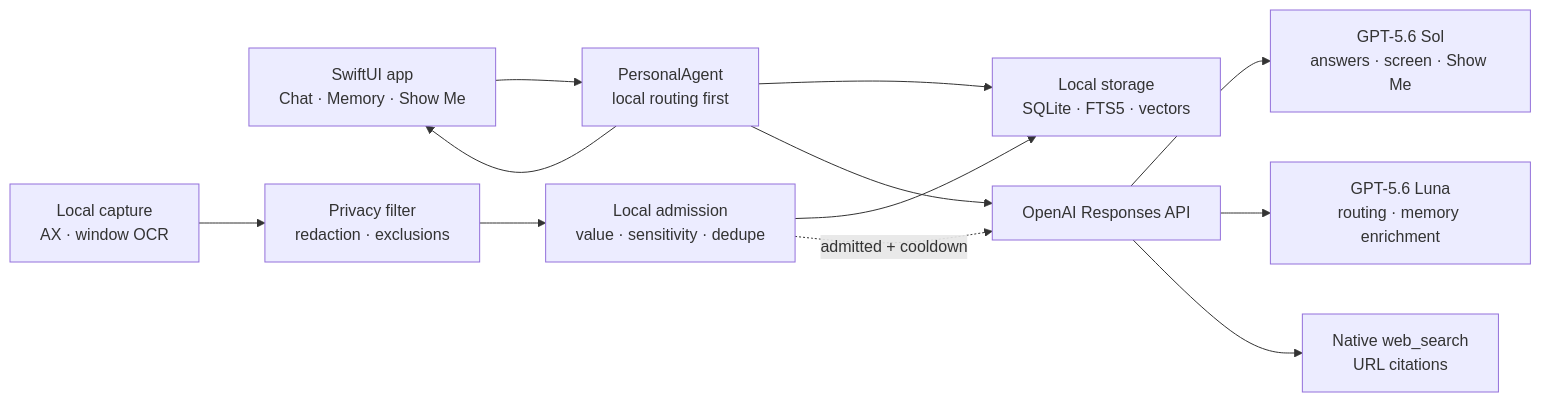
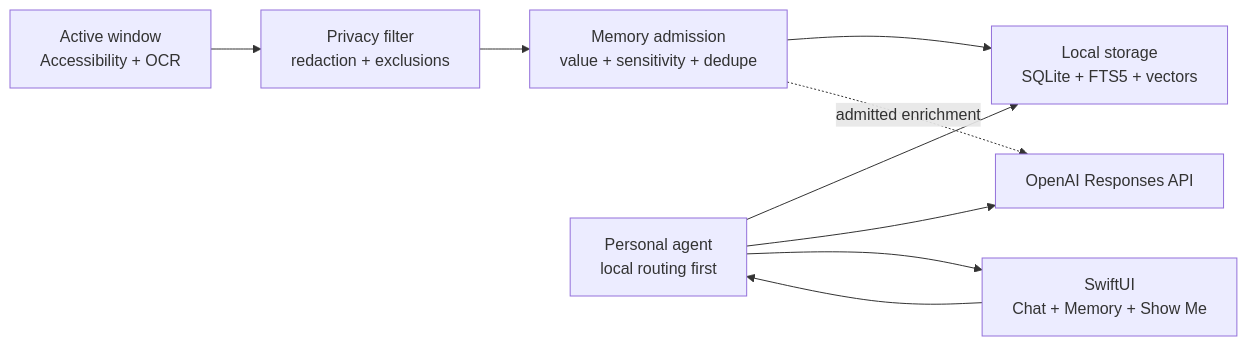
Before and after one commit to vnmrsharma/iAletheia: the diagram in README.md, drawn with Mermaid. The commit also changed other lines of this file, not shown here.

Commit message:
Rewrite README to clarify architecture, privacy, and setup

````diff
--- a/README.md
+++ b/README.md
@@ -22,23 +22,17 @@
 ```mermaid
 flowchart LR
-    UI["SwiftUI app<br/>Chat · Memory · Show Me"]
-    Capture["Local capture<br/>AX · window OCR"]
-    Privacy["Privacy filter<br/>redaction · exclusions"]
-    Admission["Local admission<br/>value · sensitivity · dedupe"]
-    Storage["Local storage<br/>SQLite · FTS5 · vectors"]
-    Agent["PersonalAgent<br/>local routing first"]
-    API["OpenAI Responses API"]
-    Sol["GPT-5.6 Sol<br/>answers · screen · Show Me"]
-    Luna["GPT-5.6 Luna<br/>routing · memory enrichment"]
-    Web["Native web_search<br/>URL citations"]
+    Capture["Active window<br/>Accessibility + OCR"]
+    Privacy["Privacy filter<br/>redaction + exclusions"]
+    Admission["Memory admission<br/>value + sensitivity + dedupe"]
+    Storage["Local storage<br/>SQLite + FTS5 + vectors"]
+    Agent["Personal agent<br/>local routing first"]
+    OpenAI["OpenAI Responses API"]
+    UI["SwiftUI<br/>Chat + Memory + Show Me"]
 
     Capture --> Privacy --> Admission --> Storage
     UI --> Agent
     Agent --> Storage
-    Agent --> API
-    Admission -. "admitted + cooldown" .-> API
-    API --> Sol
-    API --> Luna
-    API --> Web
+    Agent --> OpenAI
+    Admission -. "admitted enrichment" .-> OpenAI
     Agent --> UI
 ```
````
